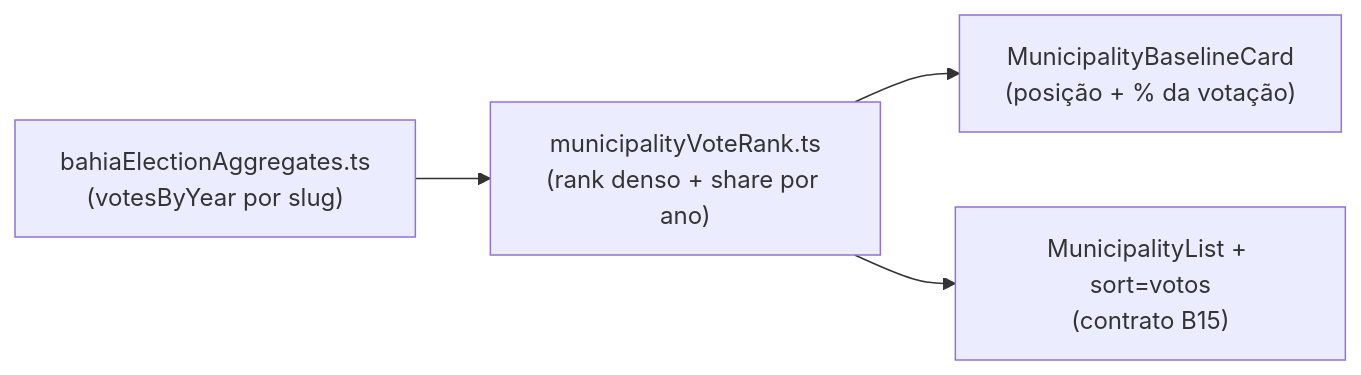
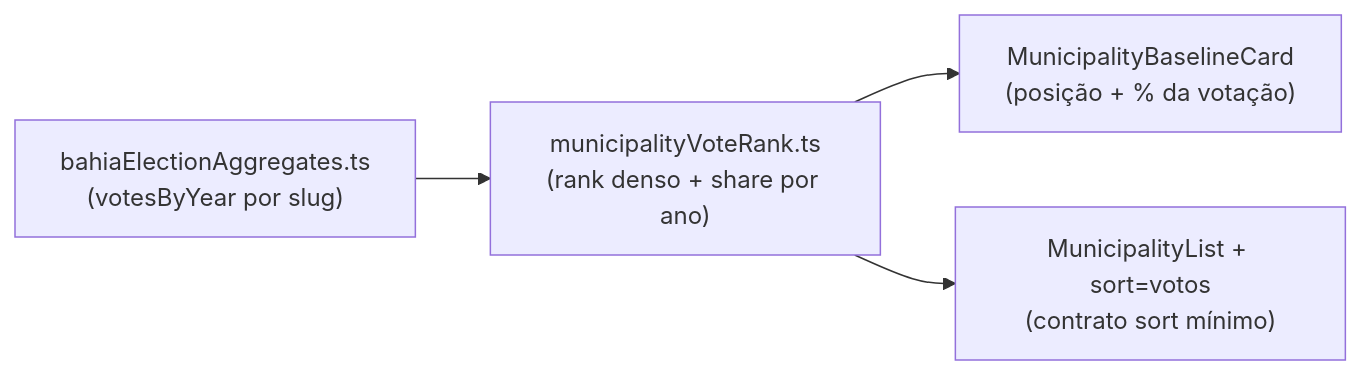
The diagram in docs/plans/ranking-votos-municipio.md (fsolla/teqo), drawn with Mermaid before and after one commit. The commit also changed other lines of this file and 23 other files, not shown here.

First line of the commit message:
A11: show municipality 2022 vote rank/share and default list sort by votos.

````diff
--- a/docs/plans/ranking-votos-municipio.md
+++ b/docs/plans/ranking-votos-municipio.md
@@ -47,9 +63,9 @@
 ```mermaid
 flowchart LR
     Artifact["bahiaElectionAggregates.ts<br/>(votesByYear por slug)"]
     Rank["municipalityVoteRank.ts<br/>(rank denso + share por ano)"]
     Card["MunicipalityBaselineCard<br/>(posição + % da votação)"]
-    List["MunicipalityList + sort=votos<br/>(contrato B15)"]
+    List["MunicipalityList + sort=votos<br/>(contrato sort mínimo)"]
     Artifact --> Rank --> Card
     Rank --> List
 ```
````
